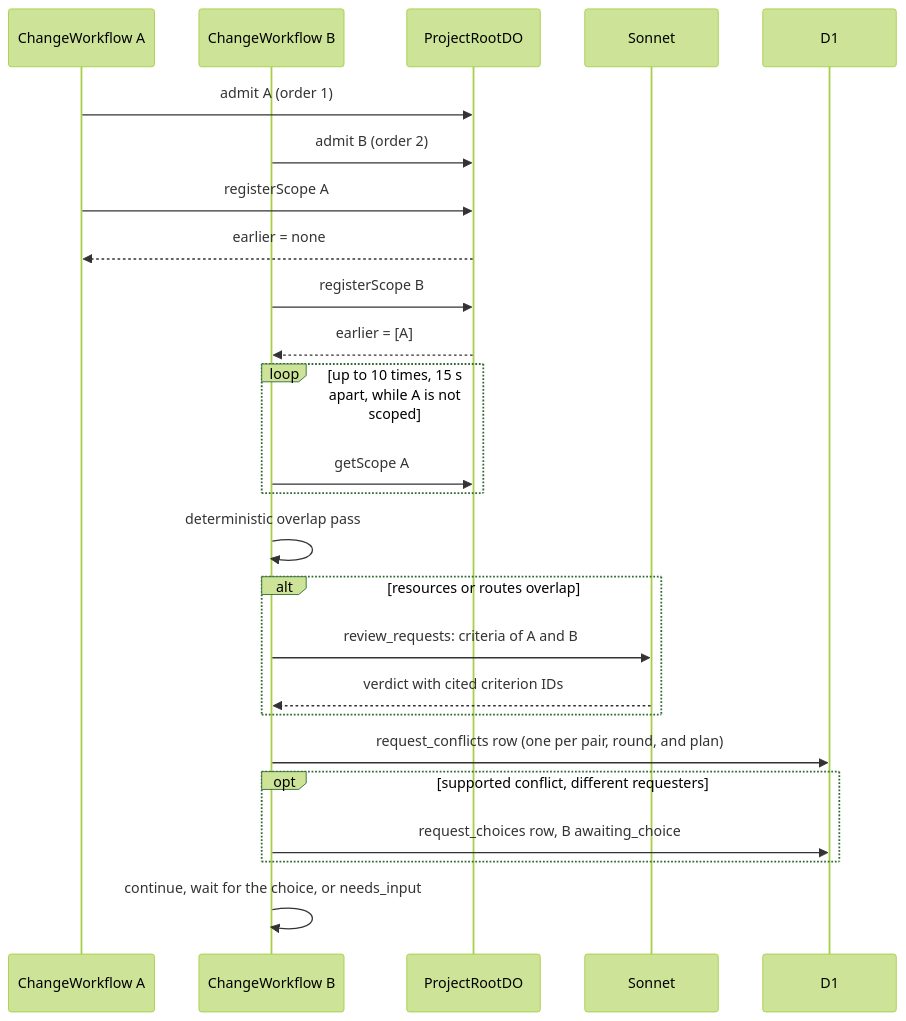
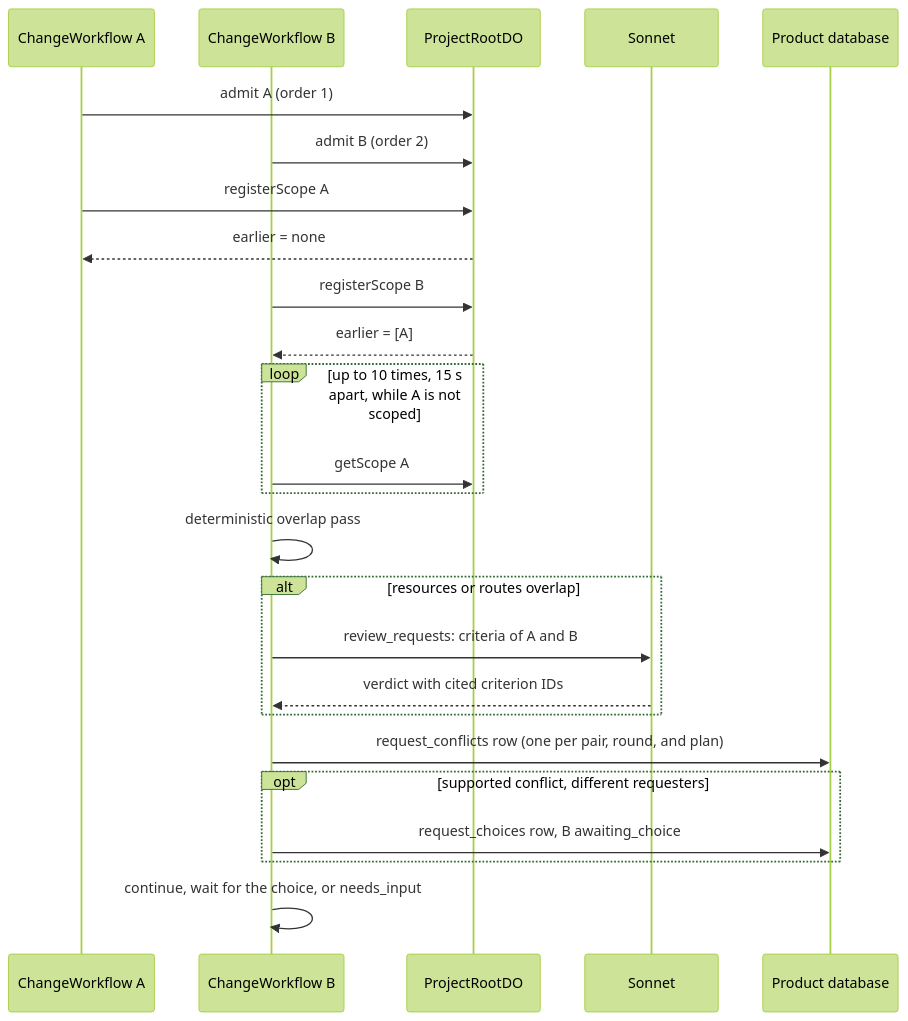
The fourth of 6 diagrams in docs/architecture/shared-projects.md (nsudhanva/rhumbatron), drawn with Mermaid (forest theme) before and after one commit. The commit also changed other lines of this file and 322 other files, not shown here.

````diff
--- a/docs/architecture/shared-projects.md
+++ b/docs/architecture/shared-projects.md
@@ -331,28 +331,28 @@
 ```mermaid
 sequenceDiagram
   participant WA as ChangeWorkflow A
   participant WB as ChangeWorkflow B
   participant Root as ProjectRootDO
   participant Rev as Sonnet
-  participant D1
+  participant DB as Product database
 
   WA->>Root: admit A (order 1)
   WB->>Root: admit B (order 2)
   WA->>Root: registerScope A
   Root-->>WA: earlier = none
   WB->>Root: registerScope B
   Root-->>WB: earlier = [A]
   loop up to 10 times, 15 s apart, while A is not scoped
     WB->>Root: getScope A
   end
   WB->>WB: deterministic overlap pass
   alt resources or routes overlap
     WB->>Rev: review_requests: criteria of A and B
     Rev-->>WB: verdict with cited criterion IDs
   end
-  WB->>D1: request_conflicts row (one per pair, round, and plan)
+  WB->>DB: request_conflicts row (one per pair, round, and plan)
   opt supported conflict, different requesters
-    WB->>D1: request_choices row, B awaiting_choice
+    WB->>DB: request_choices row, B awaiting_choice
   end
   WB->>WB: continue, wait for the choice, or needs_input
 ```
````
